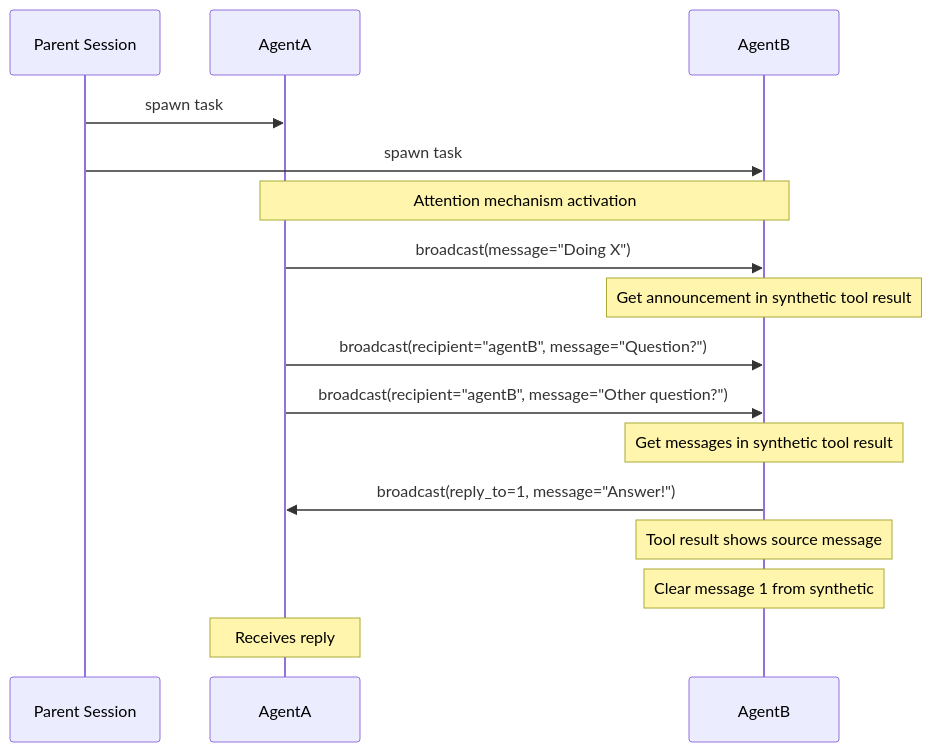
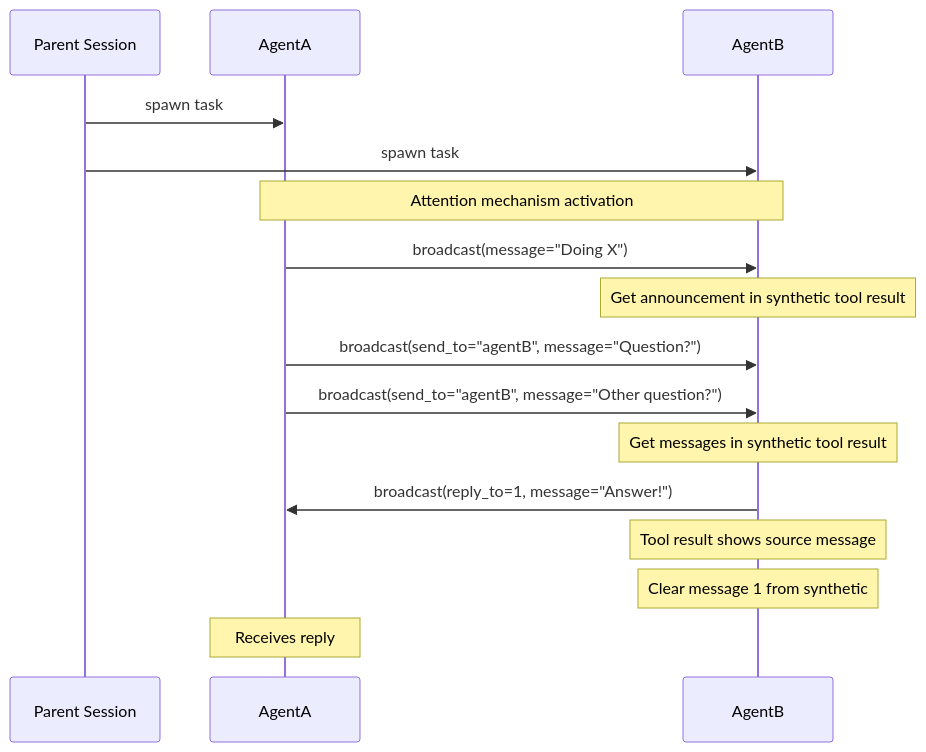
Before and after one commit to spoons-and-mirrors/pocket-universe: the diagram in README.md, drawn with Mermaid. The commit also changed other lines of this file and 3 other files, not shown here.

````diff
--- a/README.md
+++ b/README.md
@@ -9,26 +9,26 @@
 ```mermaid
 sequenceDiagram
     participant Parent as Parent Session
     participant A as AgentA
     participant B as AgentB
 
     Parent->>A: spawn task
     Parent->>B: spawn task
 
     Note over A,B: Attention mechanism activation
 
     A->>B: broadcast(message="Doing X")
     Note over B: Get announcement in synthetic tool result
 
 
-    A->>B: broadcast(recipient="agentB", message="Question?")
-    A->>B: broadcast(recipient="agentB", message="Other question?")
+    A->>B: broadcast(send_to="agentB", message="Question?")
+    A->>B: broadcast(send_to="agentB", message="Other question?")
 
     Note over B: Get messages in synthetic tool result
 
     B->>A: broadcast(reply_to=1, message="Answer!")
     Note over B: Tool result shows source message
     Note over B: Clear message 1 from synthetic
 
     Note over A: Receives reply
 ```
````
